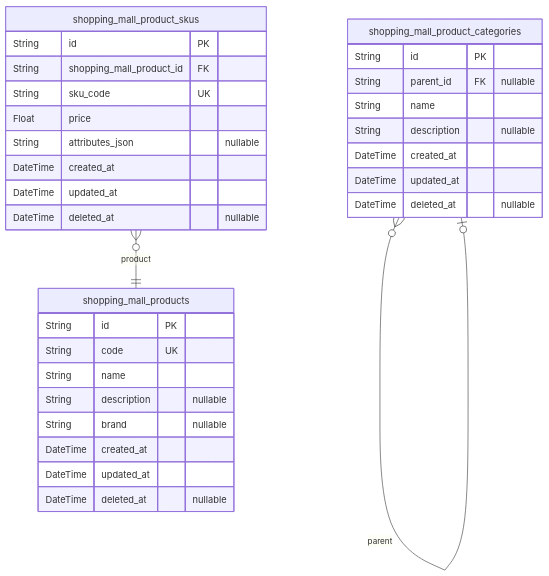
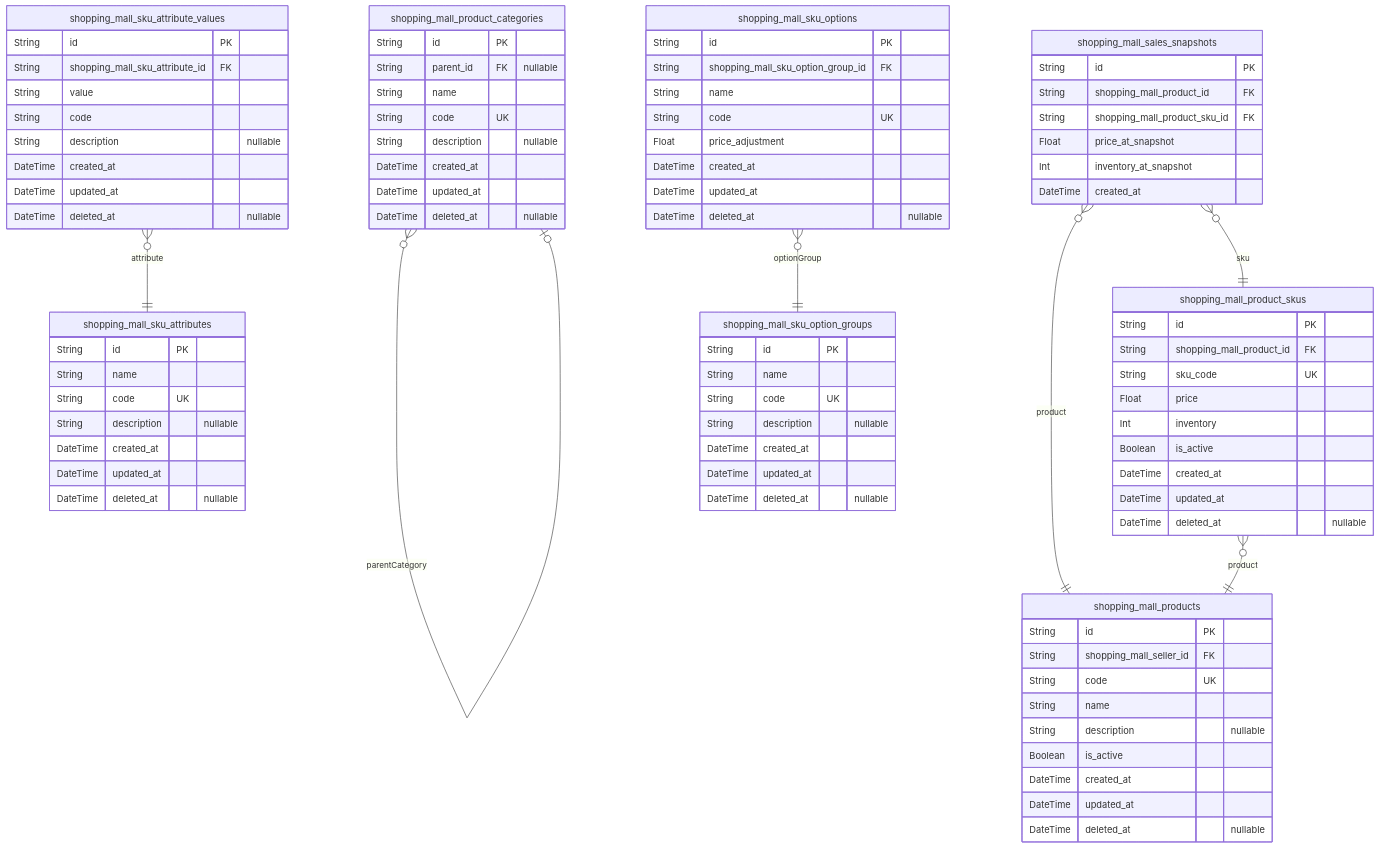
Before and after one commit to wrtnlabs/autobe-examples: the third of 10 diagrams in openai/gpt-4.1-mini/shopping/docs/ERD.md, drawn with Mermaid. The commit also changed other lines of this file and 22498 other files, not shown here.

````diff
--- a/openai/gpt-4.1-mini/shopping/docs/ERD.md
+++ b/openai/gpt-4.1-mini/shopping/docs/ERD.md
@@ -276,20 +419,22 @@
 ```mermaid
 erDiagram
+"shopping_mall_products" {
+  String id PK
+  String shopping_mall_seller_id FK
+  String code UK
+  String name
+  String description "nullable"
+  Boolean is_active
+  DateTime created_at
+  DateTime updated_at
+  DateTime deleted_at "nullable"
+}
 "shopping_mall_product_categories" {
   String id PK
   String parent_id FK "nullable"
   String name
+  String code UK
   String description "nullable"
-  DateTime created_at
-  DateTime updated_at
-  DateTime deleted_at "nullable"
-}
-"shopping_mall_products" {
-  String id PK
-  String code UK
-  String name
-  String description "nullable"
-  String brand "nullable"
   DateTime created_at
   DateTime updated_at
   DateTime deleted_at "nullable"
@@ -299,11 +444,62 @@
   String shopping_mall_product_id FK
   String sku_code UK
   Float price
-  String attributes_json "nullable"
+  Int inventory
+  Boolean is_active
   DateTime created_at
   DateTime updated_at
   DateTime deleted_at "nullable"
 }
-"shopping_mall_product_categories" }o--o| "shopping_mall_product_categories" : parent
+"shopping_mall_sku_attributes" {
+  String id PK
+  String name
+  String code UK
+  String description "nullable"
+  DateTime created_at
+  DateTime updated_at
+  DateTime deleted_at "nullable"
+}
+"shopping_mall_sku_attribute_values" {
+  String id PK
+  String shopping_mall_sku_attribute_id FK
+  String value
+  String code
+  String description "nullable"
+  DateTime created_at
+  DateTime updated_at
+  DateTime deleted_at "nullable"
+}
+"shopping_mall_sku_option_groups" {
+  String id PK
+  String name
+  String code UK
+  String description "nullable"
+  DateTime created_at
+  DateTime updated_at
+  DateTime deleted_at "nullable"
+}
+"shopping_mall_sku_options" {
+  String id PK
+  String shopping_mall_sku_option_group_id FK
+  String name
+  String code UK
+  Float price_adjustment
+  DateTime created_at
+  DateTime updated_at
+  DateTime deleted_at "nullable"
+}
+"shopping_mall_sales_snapshots" {
+  String id PK
+  String shopping_mall_product_id FK
+  String shopping_mall_product_sku_id FK
+  Float price_at_snapshot
+  Int inventory_at_snapshot
+  DateTime created_at
+}
+"shopping_mall_product_categories" }o--o| "shopping_mall_product_categories" : parentCategory
 "shopping_mall_product_skus" }o--|| "shopping_mall_products" : product
+"shopping_mall_sku_attribute_values" }o--|| "shopping_mall_sku_attributes" : attribute
+"shopping_mall_sku_options" }o--|| "shopping_mall_sku_option_groups" : optionGroup
+"shopping_mall_sales_snapshots" }o--|| "shopping_mall_products" : product
+"shopping_mall_sales_snapshots" }o--|| "shopping_mall_product_skus" : sku
 ```
````
